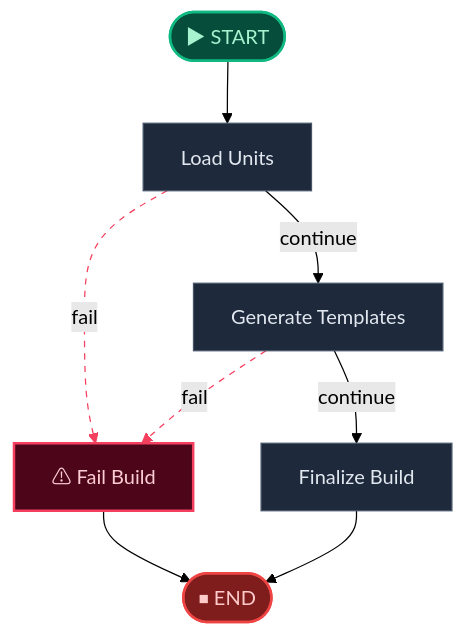
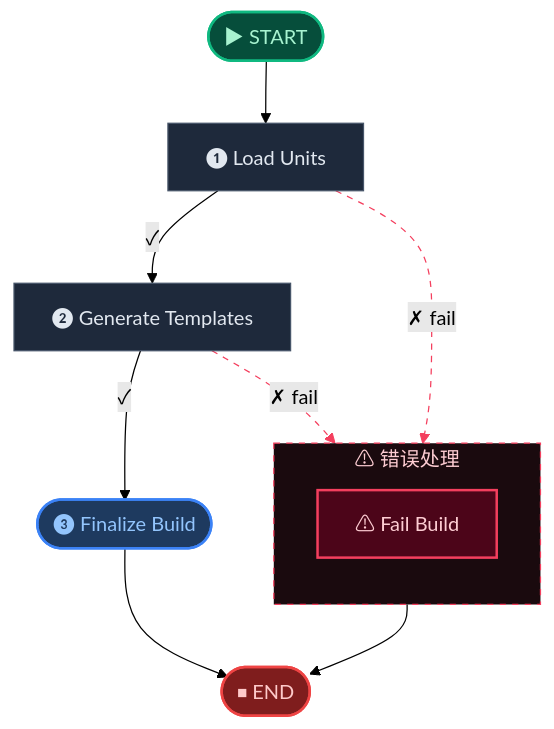
The third of 3 diagrams in backend/scripts/.generated_workflow_diagrams/examine.md (aiteachme/AITeachMe), drawn with Mermaid (forest theme) before and after one commit. The commit also changed other lines of this file and 6 other files, not shown here.

````diff
--- a/backend/scripts/.generated_workflow_diagrams/examine.md
+++ b/backend/scripts/.generated_workflow_diagrams/examine.md
@@ -78,27 +111,34 @@
 ```mermaid
 flowchart TD
     __start__(["▶ START"])
-    load_units["Load Units"]
-    generate_templates["Generate Templates"]
-    finalize_build["Finalize Build"]
-    fail_build["⚠ Fail Build"]
+    load_units["❶ Load Units"]
+    generate_templates["❷ Generate Templates"]
+    finalize_build(["❸ Finalize Build"])
     __end__(["⏹ END"])
 
+    subgraph error_zone ["⚠ 错误处理"]
+    direction TB
+        fail_build["⚠ Fail Build"]
+    end
+
     __start__ --> load_units
-    generate_templates -. fail .-> fail_build
-    generate_templates -->|"continue"| finalize_build
-    load_units -. fail .-> fail_build
-    load_units -->|"continue"| generate_templates
+    generate_templates -. "✗ fail" .-> fail_build
+    generate_templates -->|"✓"| finalize_build
+    load_units -. "✗ fail" .-> fail_build
+    load_units -->|"✓"| generate_templates
     fail_build --> __end__
     finalize_build --> __end__
 
     %% ── Styling ──
     classDef startCls fill:#064e3b,stroke:#10b981,stroke-width:2px,color:#a7f3d0
     classDef endCls fill:#7f1d1d,stroke:#ef4444,stroke-width:2px,color:#fecaca
     classDef failCls fill:#4c0519,stroke:#f43f5e,stroke-width:2px,color:#fecdd3
+    classDef termCls fill:#1e3a5f,stroke:#3b82f6,stroke-width:2px,color:#93c5fd
     classDef default fill:#1e293b,stroke:#475569,stroke-width:1px,color:#e2e8f0
+    style error_zone fill:#1a0a0e,stroke:#f43f5e,stroke-width:1px,color:#fecdd3,stroke-dasharray:5
     class __start__ startCls
+    class finalize_build termCls
     class fail_build failCls
     class __end__ endCls
     linkStyle 1,3 stroke:#f43f5e,stroke-dasharray:5
 ```
````
